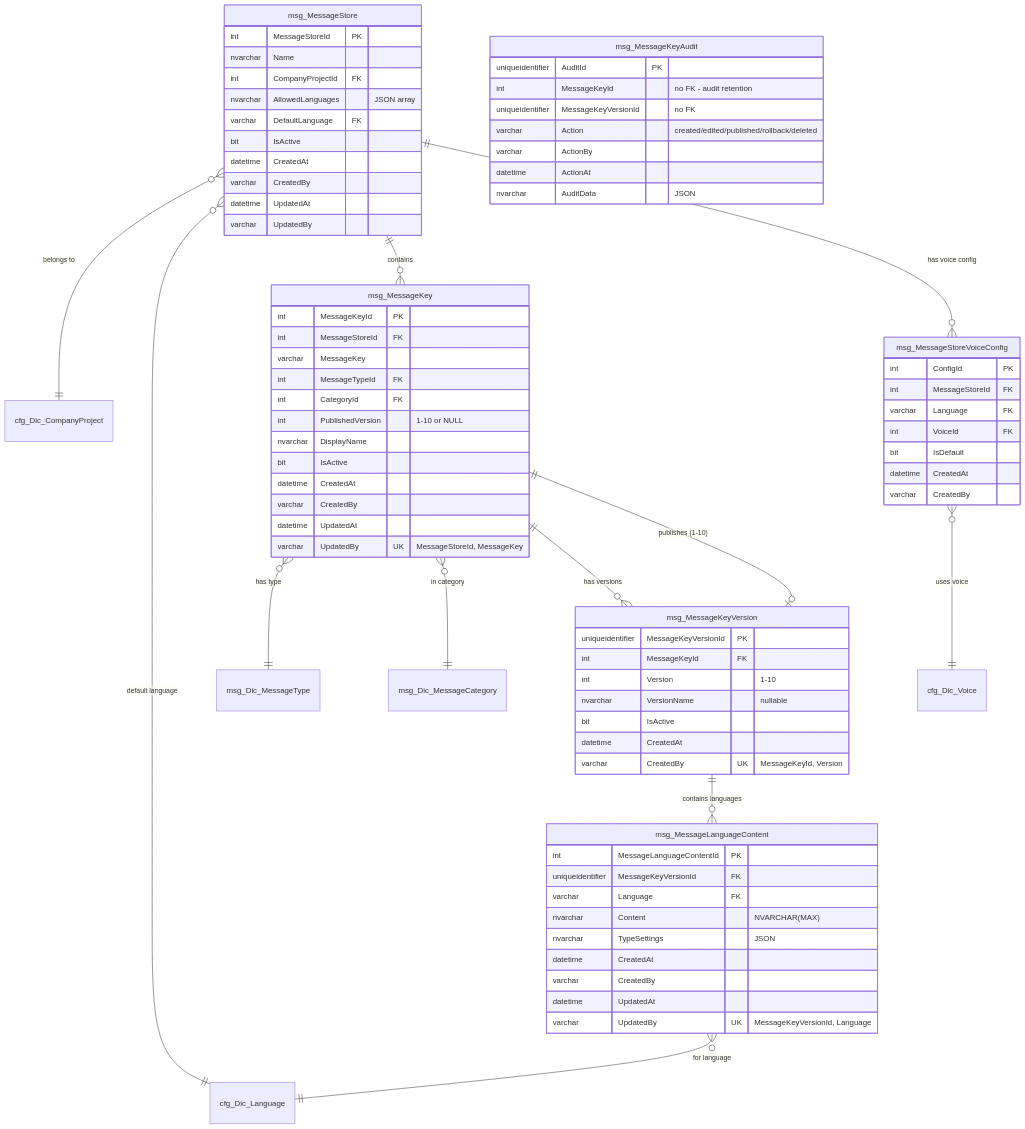
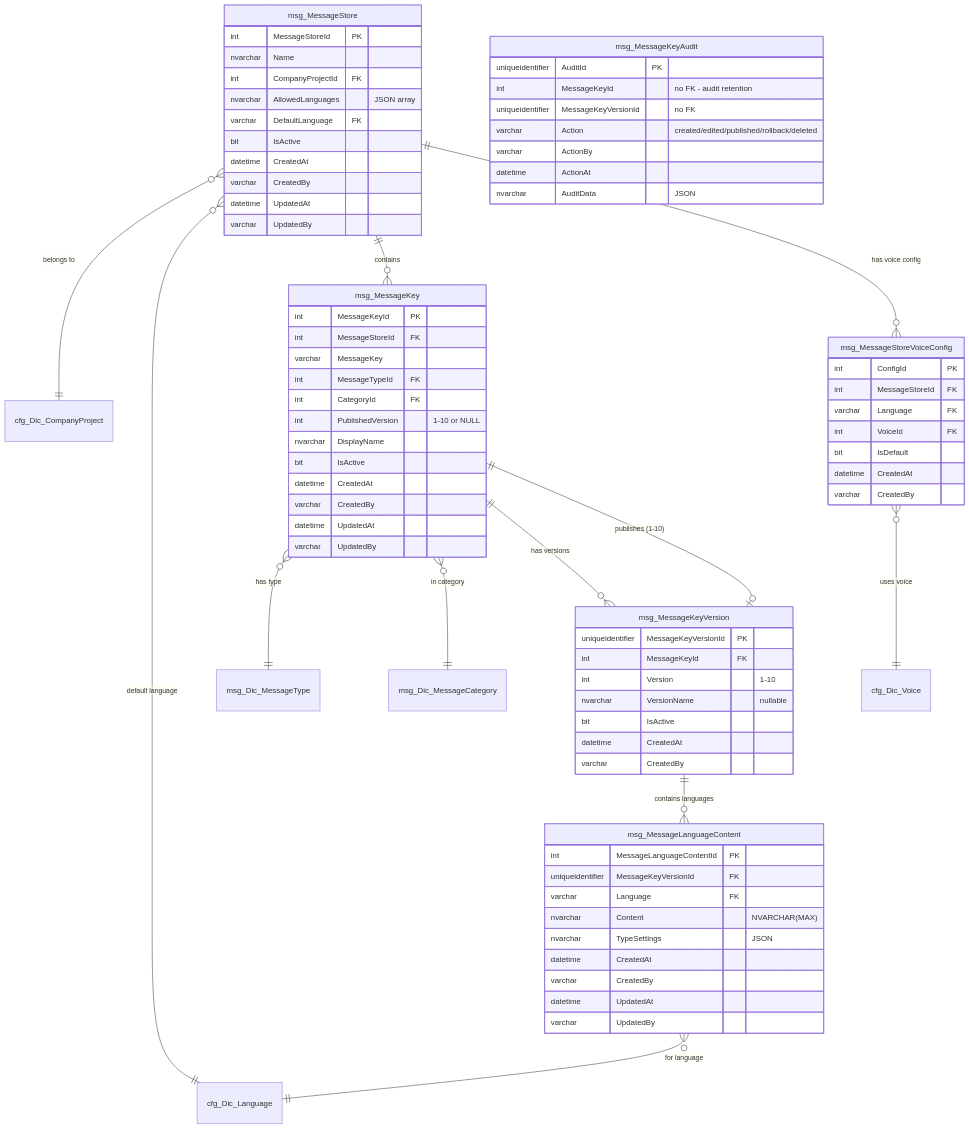
The fourth of 5 diagrams in docs/DATABASE_SCHEMA.md (MertensMattias/routing-data-layer-doc), drawn with Mermaid before and after one commit. The commit also changed other lines of this file and 1 other file, not shown here.

Commit message:
Update DATABASE_SCHEMA.md to clarify unique key annotations and adjust DEVELOPER_GUIDE.md for IVR style color consistency.

```diff
--- a/docs/DATABASE_SCHEMA.md
+++ b/docs/DATABASE_SCHEMA.md
@@ -244,7 +243,6 @@
         varchar CreatedBy
         datetime UpdatedAt
         varchar UpdatedBy
-        UK "MessageStoreId, MessageKey"
     }
 
     msg_MessageKeyVersion {
@@ -255,7 +253,6 @@
         bit IsActive
         datetime CreatedAt
         varchar CreatedBy
-        UK "MessageKeyId, Version"
     }
 
     msg_MessageLanguageContent {
@@ -268,7 +265,6 @@
         varchar CreatedBy
         datetime UpdatedAt
         varchar UpdatedBy
-        UK "MessageKeyVersionId, Language"
     }
 
     msg_MessageStoreVoiceConfig {
```
